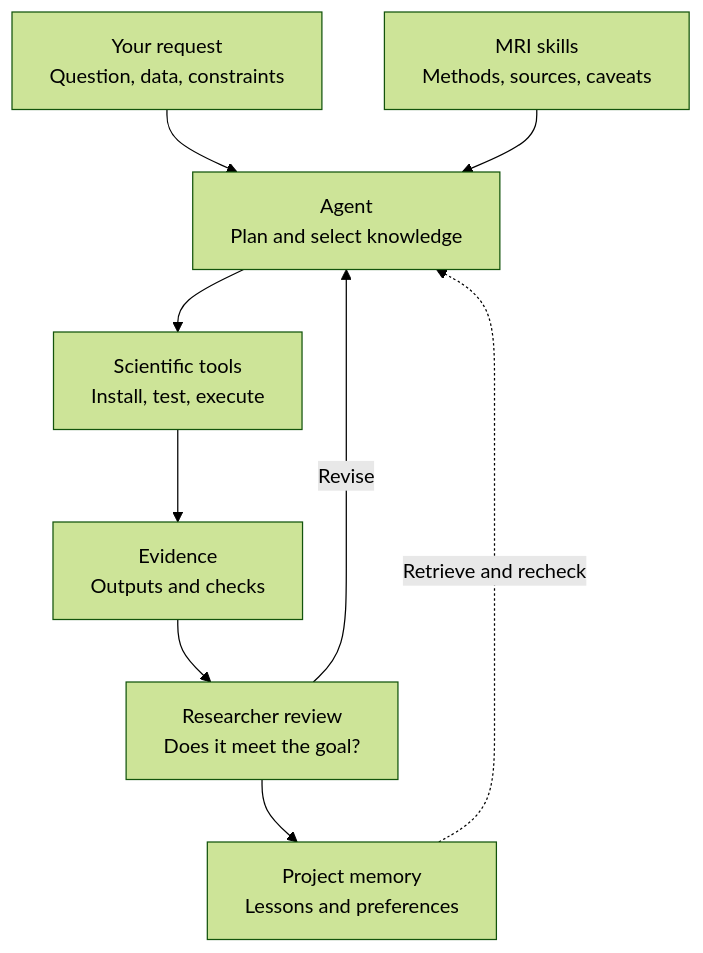
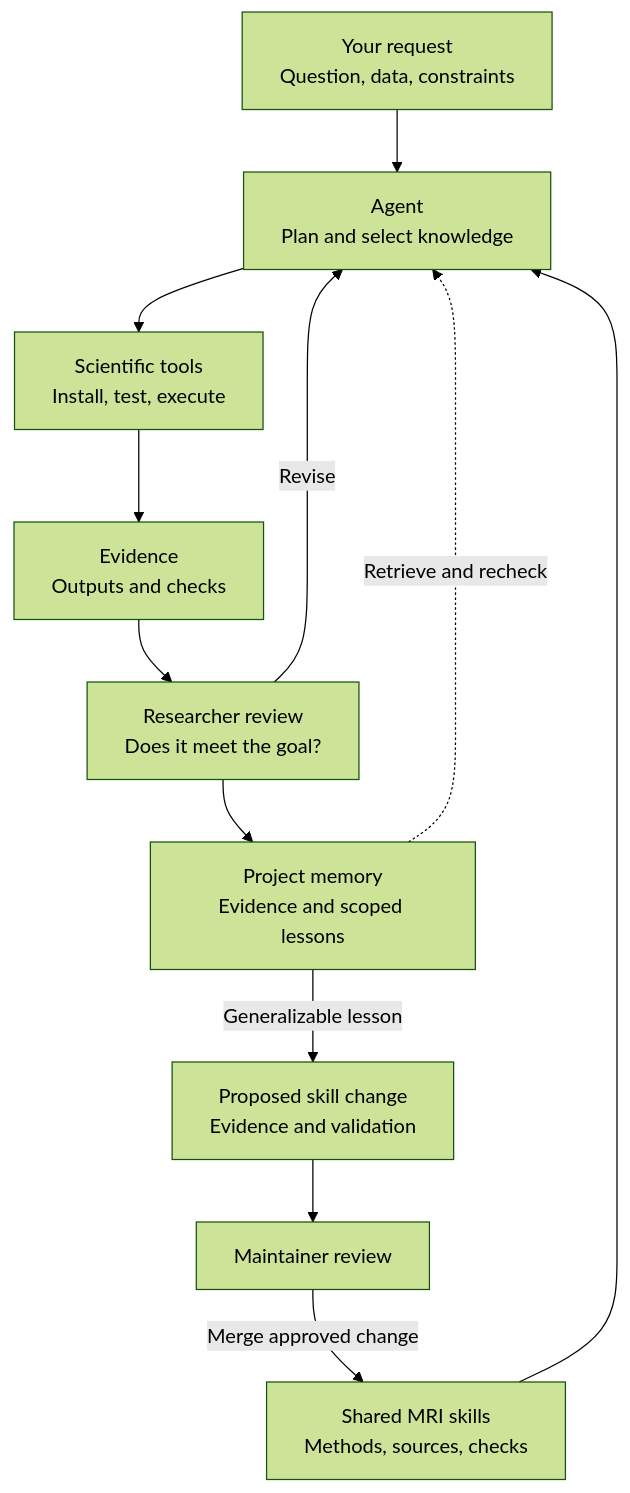
The diagram in data/readmes/KeWang0622__MRFoundry.md (zqf20096327/ai_collect), drawn with Mermaid (forest theme) before and after one commit. The commit also changed other lines of this file and 3267 other files, not shown here.

````diff
--- a/data/readmes/KeWang0622__MRFoundry.md
+++ b/data/readmes/KeWang0622__MRFoundry.md
@@ -69,11 +71,14 @@
 ```mermaid
 flowchart TB
   U["Your request<br/>Question, data, constraints"] --> A["Agent<br/>Plan and select knowledge"]
-  S["MRI skills<br/>Methods, sources, caveats"] --> A
+  S["Shared MRI skills<br/>Methods, sources, checks"] --> A
   A --> T["Scientific tools<br/>Install, test, execute"]
   T --> E["Evidence<br/>Outputs and checks"]
   E --> R["Researcher review<br/>Does it meet the goal?"]
   R -->|Revise| A
-  R --> M["Project memory<br/>Lessons and preferences"]
+  R --> M["Project memory<br/>Evidence and scoped lessons"]
   M -.->|Retrieve and recheck| A
+  M -->|Generalizable lesson| P["Proposed skill change<br/>Evidence and validation"]
+  P --> H["Maintainer review"]
+  H -->|Merge approved change| S
 ```
````
